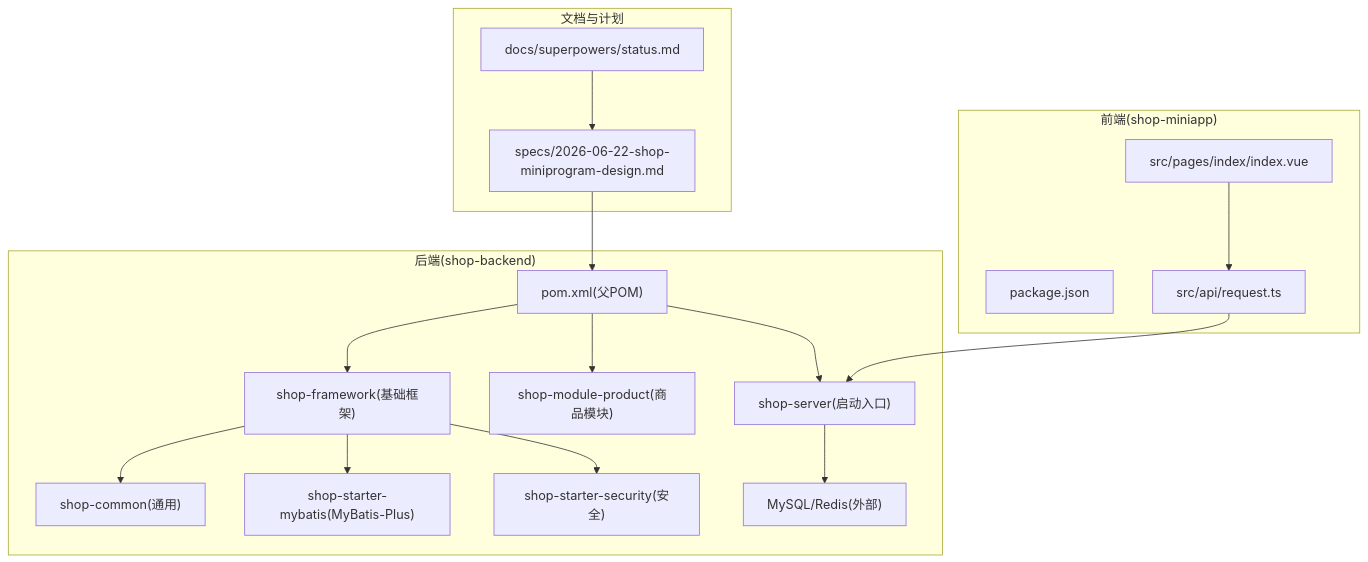
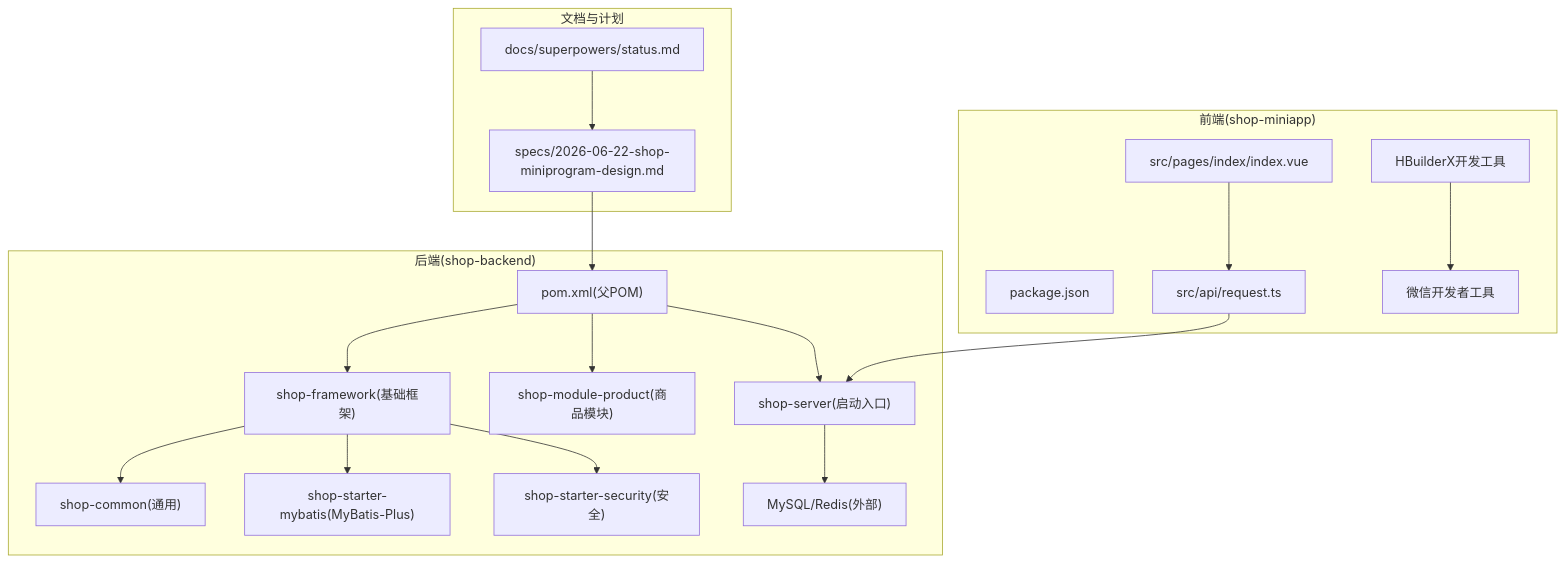
One commit to QtImM/wechatMiniprogram_Store changed the first of 12 diagrams in .qoder/repowiki/zh/content/开发指南/开发指南.md. Above: the diagram before and after it, drawn with Mermaid. The commit also changed other lines of this file and 109 other files, not shown here.

````diff
--- a/.qoder/repowiki/zh/content/开发指南/开发指南.md
+++ b/.qoder/repowiki/zh/content/开发指南/开发指南.md
@@ -40,33 +40,36 @@
 ```mermaid
 graph TB
 subgraph "文档与计划"
 S["docs/superpowers/status.md"]
 D["specs/2026-06-22-shop-miniprogram-design.md"]
 end
 subgraph "后端(shop-backend)"
 POM["pom.xml(父POM)"]
 SRV["shop-server(启动入口)"]
 MOD_PRO["shop-module-product(商品模块)"]
 FRA["shop-framework(基础框架)"]
 FRA_COMMON["shop-common(通用)"]
 FRA_MYBATIS["shop-starter-mybatis(MyBatis-Plus)"]
 FRA_SEC["shop-starter-security(安全)"]
 DB["MySQL/Redis(外部)"]
 end
 subgraph "前端(shop-miniapp)"
 PKG["package.json"]
 API["src/api/request.ts"]
 PAGE["src/pages/index/index.vue"]
+HBuilderX["HBuilderX开发工具"]
+WXDev["微信开发者工具"]
 end
 S --> D
 D --> POM
 POM --> SRV
 POM --> MOD_PRO
 POM --> FRA
 FRA --> FRA_COMMON
 FRA --> FRA_MYBATIS
 FRA --> FRA_SEC
 SRV --> DB
 PAGE --> API
 API --> SRV
+HBuilderX --> WXDev
 ```
````
